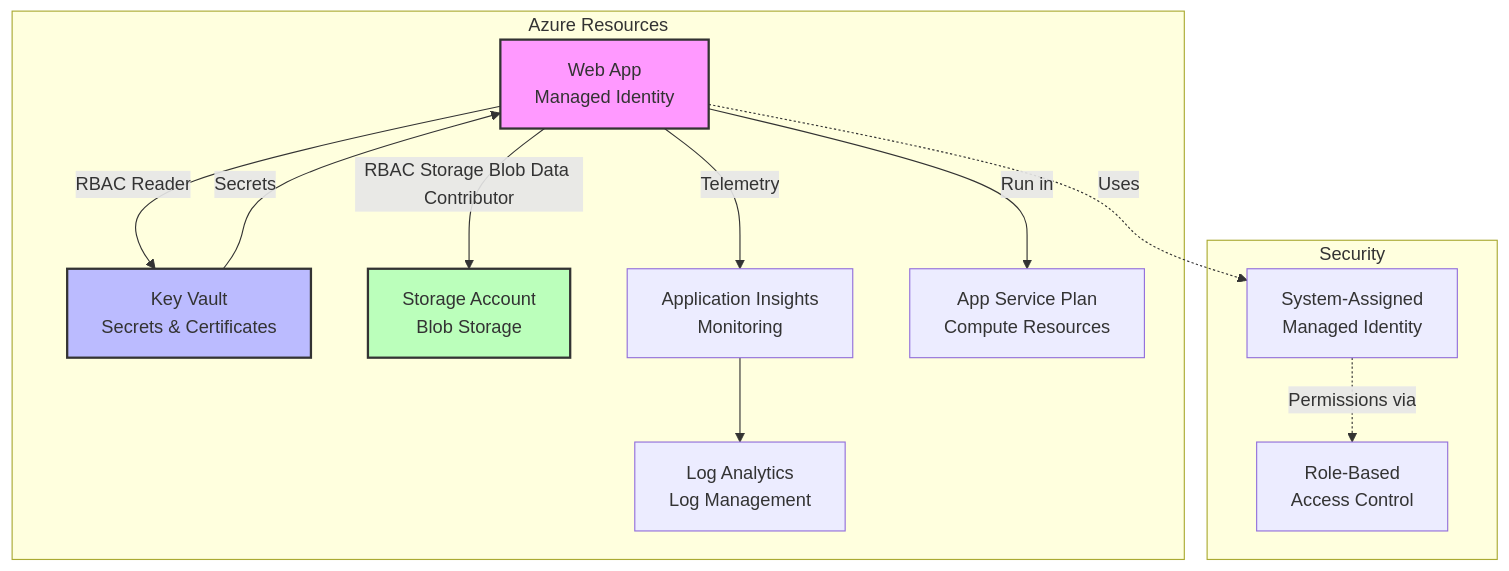
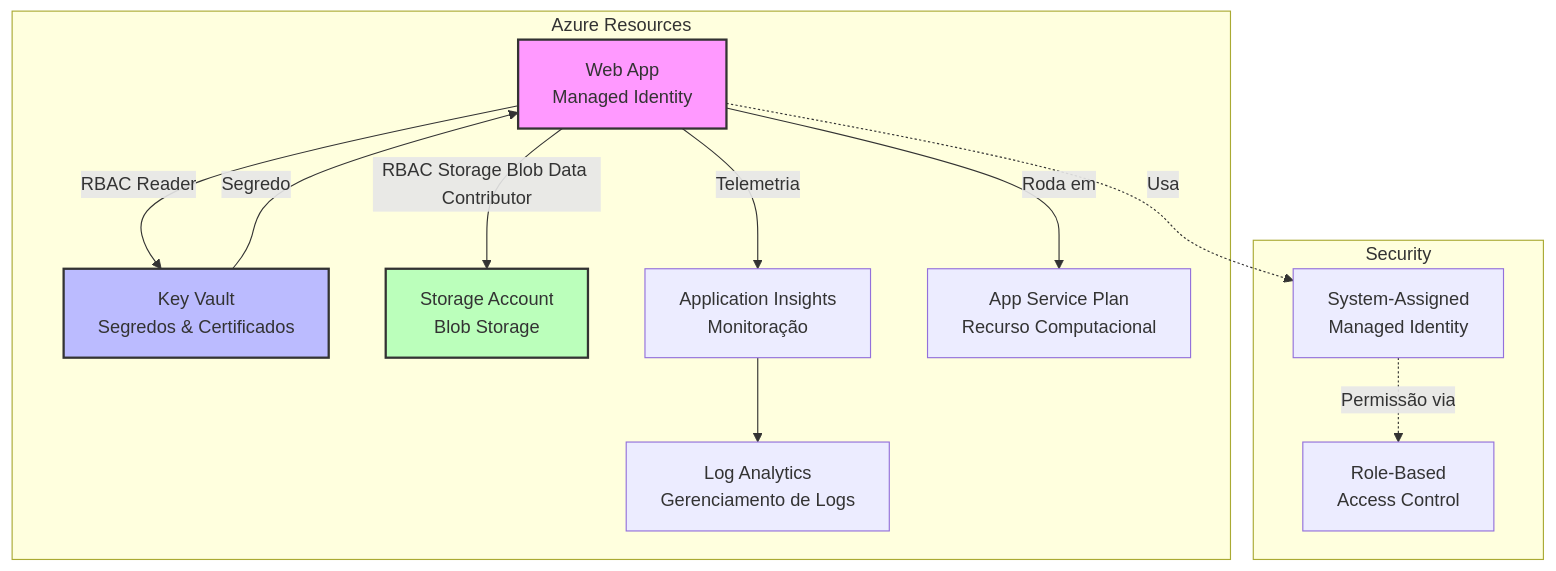
Before and after one commit to Gabriel-de-Lima-R/azure-infraestrutura-para-api-cliente: the diagram in README.md, drawn with Mermaid.

Commit message:
docs: refinando o arquivo README.md

````diff
--- a/README.md
+++ b/README.md
@@ -28,30 +28,30 @@
 ```mermaid
 graph TB
     subgraph "Azure Resources"
         APP[Web App<br/>Managed Identity]
-        KV[Key Vault<br/>Secrets & Certificates]
+        KV[Key Vault<br/>Segredos & Certificados]
         SA[Storage Account<br/>Blob Storage]
-        AI[Application Insights<br/>Monitoring]
-        LA[Log Analytics<br/>Log Management]
-        ASP[App Service Plan<br/>Compute Resources]
+        AI[Application Insights<br/>Monitoração]
+        LA[Log Analytics<br/>Gerenciamento de Logs]
+        ASP[App Service Plan<br/>Recurso Computacional]
 
         APP -->|RBAC Reader| KV
         APP -->|RBAC Storage Blob Data Contributor| SA
-        APP -->|Telemetry| AI
+        APP -->|Telemetria| AI
         AI --> LA
-        KV -->|Secrets| APP
-        APP --> |Run in| ASP
+        KV -->|Segredo| APP
+        APP --> |Roda em| ASP
     end
 
     subgraph "Security"
         MSI[System-Assigned<br/>Managed Identity]
         RBAC[Role-Based<br/>Access Control]
     end
 
-    APP -.->|Uses| MSI
-    MSI -.->|Permissions via| RBAC
+    APP -.->|Usa| MSI
+    MSI -.->|Permissão via| RBAC
 
     style APP fill:#f9f,stroke:#333,stroke-width:2px
     style KV fill:#bbf,stroke:#333,stroke-width:2px
     style SA fill:#bfb,stroke:#333,stroke-width:2px
 ```
````
